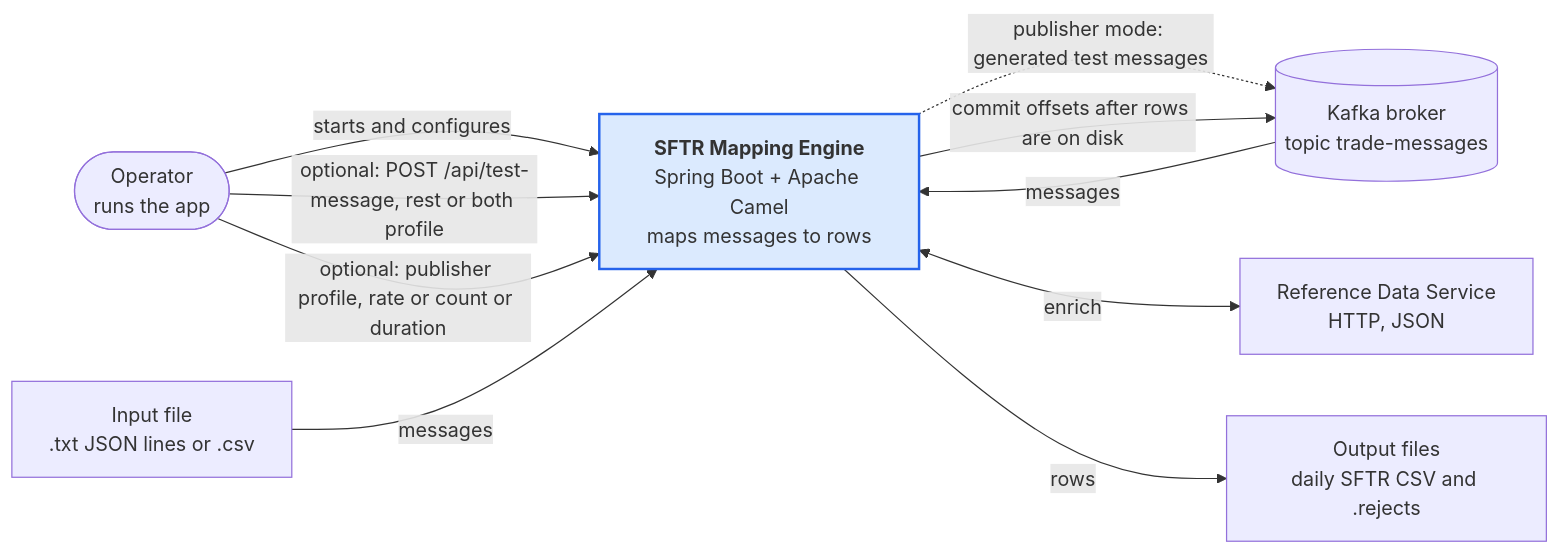
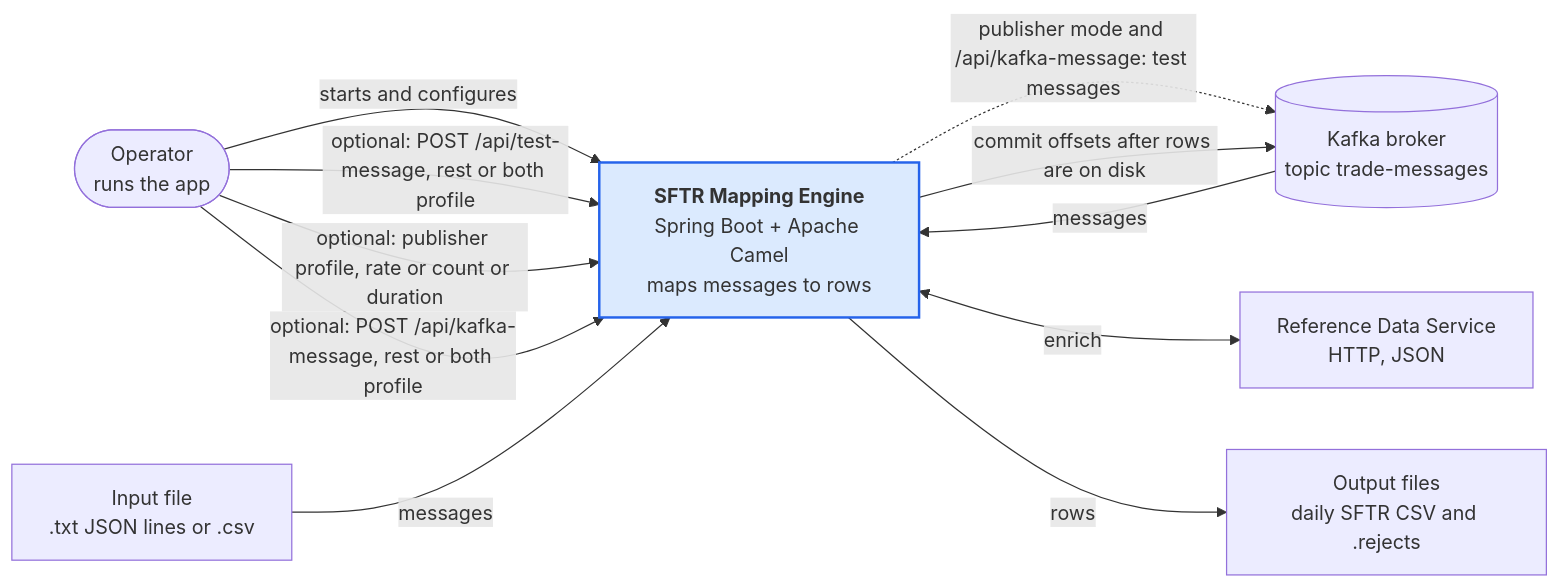
Before and after one commit to shanregs/msg-transformer: the first of 15 diagrams in docs/c4-architecture.md, drawn with Mermaid. The commit also changed other lines of this file and 3 other files, not shown here.

First line of the commit message:
Docs: describe POST /api/kafka-message in the design, C4 and code-flow documents

````diff
--- a/docs/c4-architecture.md
+++ b/docs/c4-architecture.md
@@ -9,14 +9,15 @@
 ```mermaid
 flowchart LR
     op(["Operator<br/>runs the app"]) -->|starts and configures| engine
     op -->|optional: POST /api/test-message, rest or both profile| engine
     op -->|optional: publisher profile, rate or count or duration| engine
-    engine -.->|publisher mode: generated test messages| kafka
+    op -->|optional: POST /api/kafka-message, rest or both profile| engine
+    engine -.->|publisher mode and /api/kafka-message: test messages| kafka
     kafka[("Kafka broker<br/>topic trade-messages")] -->|messages| engine
     engine -->|commit offsets after rows are on disk| kafka
     file["Input file<br/>.txt JSON lines or .csv"] -->|messages| engine
     engine["<b>SFTR Mapping Engine</b><br/>Spring Boot + Apache Camel<br/>maps messages to rows"] <-->|enrich| ref["Reference Data Service<br/>HTTP, JSON"]
     engine -->|rows| out["Output files<br/>daily SFTR CSV and .rejects"]
 
     style engine fill:#dbeafe,stroke:#2563eb,stroke-width:2px
 ```
````
